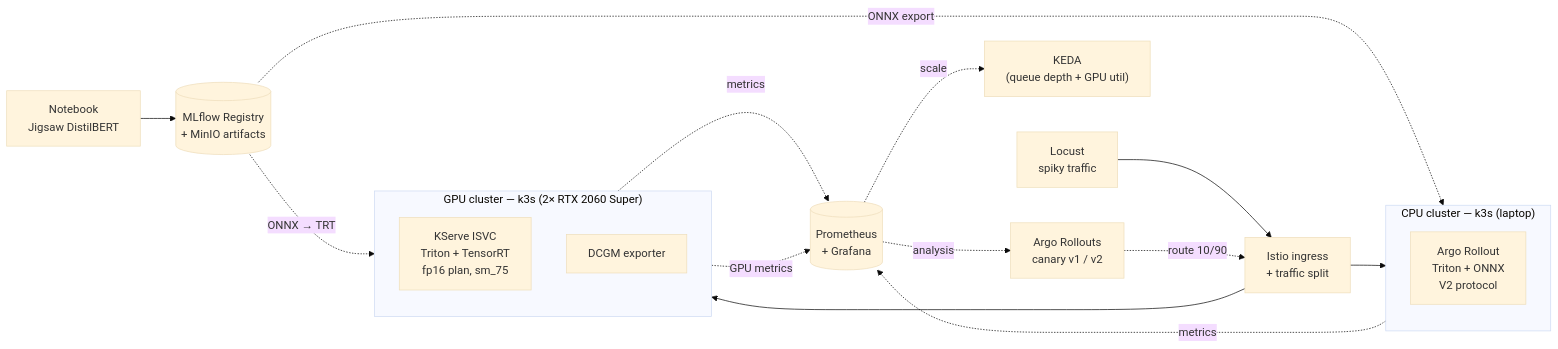
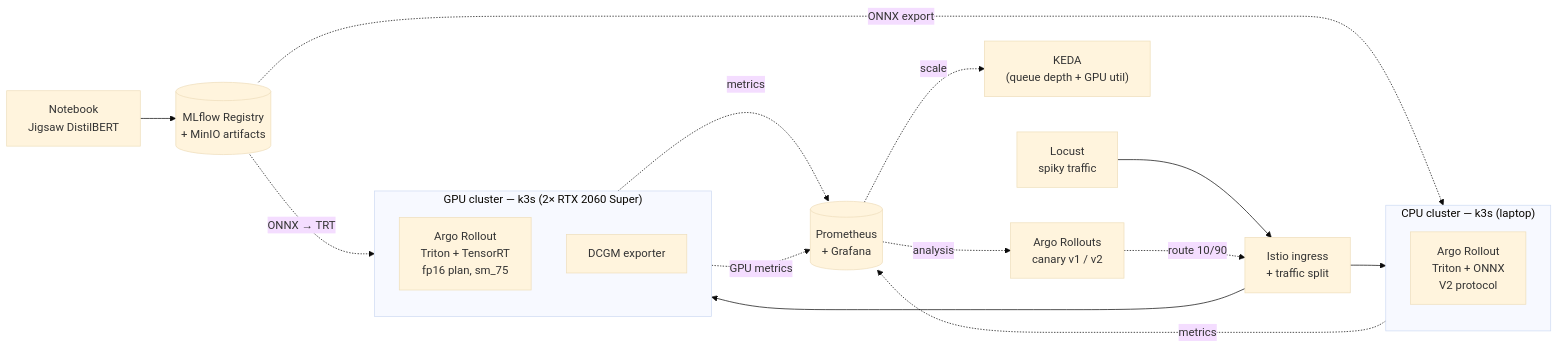
The diagram in README.md (huntermills707/haterade), drawn with Mermaid (base theme) before and after one commit. The commit also changed other lines of this file and 24 other files, not shown here.

````diff
--- a/README.md
+++ b/README.md
@@ -15,30 +15,30 @@
 ```mermaid
 flowchart LR
     Notebook["Notebook<br/>Jigsaw DistilBERT"] --> Registry[("MLflow Registry<br/>+ MinIO artifacts")]
     Registry -. ONNX export .-> CPU
     Registry -. ONNX → TRT .-> GPU
 
     Client["Locust<br/>spiky traffic"] --> Mesh["Istio ingress<br/>+ traffic split"]
 
     subgraph CPU["CPU cluster — k3s (laptop)"]
         direction TB
         TritonCPU["Argo Rollout<br/>Triton + ONNX<br/>V2 protocol"]
     end
 
     subgraph GPU["GPU cluster — k3s (2× RTX 2060 Super)"]
         direction TB
-        Triton["KServe ISVC<br/>Triton + TensorRT<br/>fp16 plan, sm_75"]
+        Triton["Argo Rollout<br/>Triton + TensorRT<br/>fp16 plan, sm_75"]
         DCGM["DCGM exporter"]
     end
 
     Mesh --> CPU
     Mesh --> GPU
 
     TritonCPU -. metrics .-> Prom[("Prometheus<br/>+ Grafana")]
     Triton -. metrics .-> Prom
     DCGM  -. GPU metrics .-> Prom
 
     Prom -. scale .-> KEDA["KEDA<br/>(queue depth + GPU util)"]
     Prom -. analysis .-> Argo["Argo Rollouts<br/>canary v1 / v2"]
     Argo -. route 10/90 .-> Mesh
 ```
````
